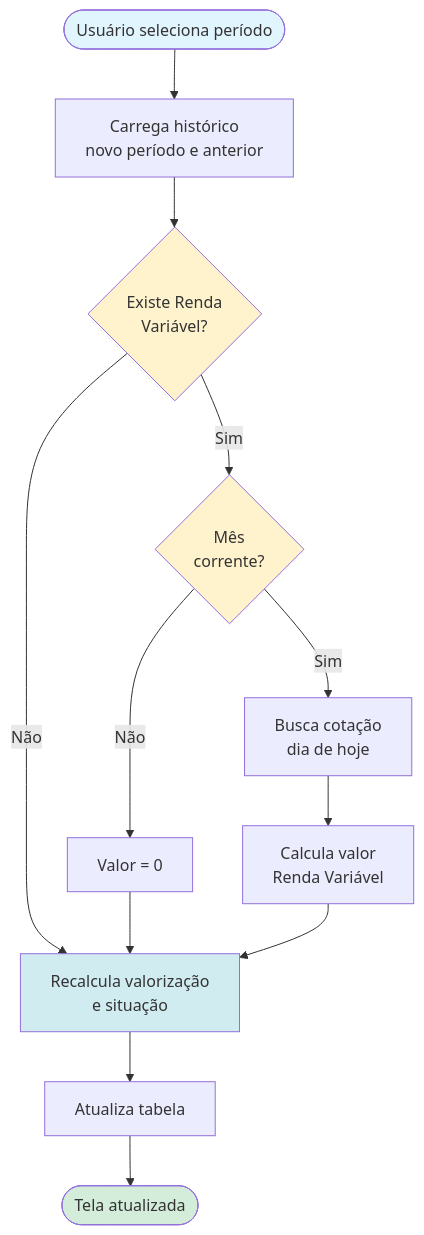
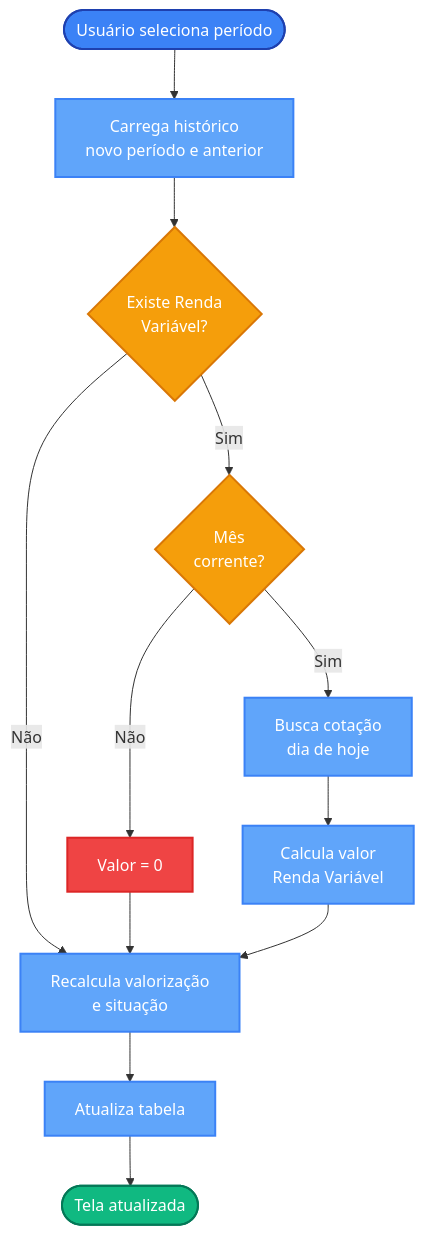
The fourth of 5 diagrams in docs/RF - Tela de Consulta de Posicionamento do Ativo no Periodo.md (enirsilvaferraz/Investments-KMP), drawn with Mermaid before and after one commit. The commit also changed other lines of this file, not shown here.

First line of the commit message:
docs: Update mermaid diagram styles in asset positioning doc

````diff
--- a/docs/RF - Tela de Consulta de Posicionamento do Ativo no Periodo.md
+++ b/docs/RF - Tela de Consulta de Posicionamento do Ativo no Periodo.md
@@ -227,23 +245,28 @@
 ```mermaid
 flowchart TD
     Start([Usuário seleciona período]) --> Load[Carrega histórico<br/>novo período e anterior]
     Load --> CheckRV{Existe Renda<br/>Variável?}
     
     CheckRV -->|Sim| CheckMonth{Mês<br/>corrente?}
     CheckMonth -->|Sim| GetQuote[Busca cotação<br/>dia de hoje]
     CheckMonth -->|Não| SetZero[Valor = 0]
     GetQuote --> CalcRV[Calcula valor<br/>Renda Variável]
     
     CheckRV -->|Não| Recalc[Recalcula valorização<br/>e situação]
     SetZero --> Recalc
     CalcRV --> Recalc
     
     Recalc --> Update[Atualiza tabela]
     Update --> End([Tela atualizada])
     
-    style Start fill:#e1f5ff
-    style End fill:#d4edda
-    style CheckRV fill:#fff3cd
-    style CheckMonth fill:#fff3cd
-    style Recalc fill:#d1ecf1
+    style Start fill:#3b82f6,stroke:#1e40af,stroke-width:2px,color:#fff
+    style End fill:#10b981,stroke:#047857,stroke-width:2px,color:#fff
+    style CheckRV fill:#f59e0b,stroke:#d97706,stroke-width:2px,color:#fff
+    style CheckMonth fill:#f59e0b,stroke:#d97706,stroke-width:2px,color:#fff
+    style Recalc fill:#60a5fa,stroke:#3b82f6,stroke-width:2px,color:#fff
+    style Load fill:#60a5fa,stroke:#3b82f6,stroke-width:2px,color:#fff
+    style GetQuote fill:#60a5fa,stroke:#3b82f6,stroke-width:2px,color:#fff
+    style SetZero fill:#ef4444,stroke:#dc2626,stroke-width:2px,color:#fff
+    style CalcRV fill:#60a5fa,stroke:#3b82f6,stroke-width:2px,color:#fff
+    style Update fill:#60a5fa,stroke:#3b82f6,stroke-width:2px,color:#fff
 ```
````
